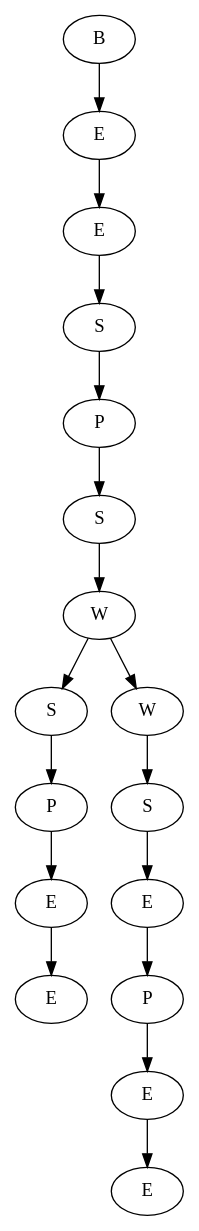
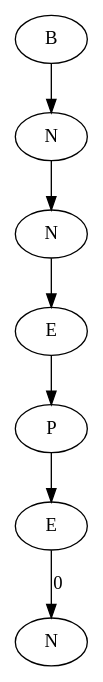
The diagram in Tom and Jerry/viz.dot (Iliyan0411/Data-Structures), drawn with Graphviz before and after one commit. The commit also changed 10 other files, not shown here.

```diff
--- a/Tom and Jerry/viz.dot
+++ b/Tom and Jerry/viz.dot
@@ -1,35 +1,15 @@
 digraph G{
-15711808[label="E"]
-15711776[label="E"]
-15711776->15711808;
-15711680[label="P"]
-15711680->15711776;
-15711744[label="S"]
-15711744->15711680;
-15711296[label="E"]
-15711456[label="E"]
-15711456->15711296;
-15711520[label="P"]
-15711520->15711456;
-15711616[label="E"]
-15711616->15711520;
-15711872[label="S"]
-15711872->15711616;
-15711072[label="W"]
-15711072->15711872;
-15711968[label="W"]
-15711968->15711744;
-15711968->15711072;
-15711232[label="S"]
-15711232->15711968;
-15711648[label="P"]
-15711648->15711232;
-15711904[label="S"]
-15711904->15711648;
-15706368[label="E"]
-15706368->15711904;
-15692448[label="E"]
-15692448->15706368;
-15691928[label="B"]
-15691928->15692448;
+17485536[label="N"]
+17485440[label="E"]
+17485440->17485536[label=0];
+17475728[label="P"]
+17475728->17485440;
+17433920[label="E"]
+17433920->17475728;
+17476096[label="N"]
+17476096->17433920;
+17461952[label="N"]
+17461952->17476096;
+17461400[label="B"]
+17461400->17461952;
 }
```
